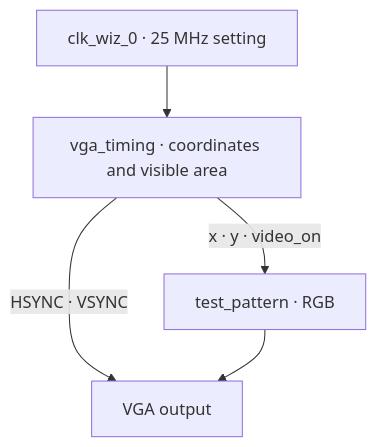
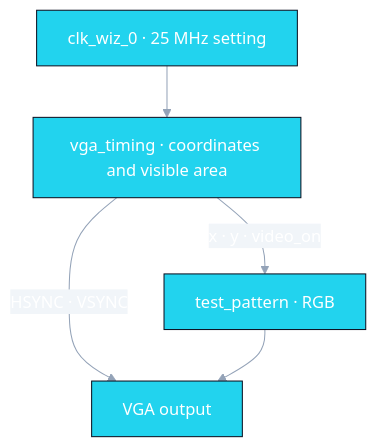
Before and after one commit to devjwk/fpga-tetris: the diagram in README.md, drawn with Mermaid. The commit also changed other lines of this file and 1 other file, not shown here.

Commit message:
Add concept banner and color theme to README

````diff
--- a/README.md
+++ b/README.md
@@ -77,7 +73,8 @@
 ```mermaid
+%%{init: {"theme": "base", "themeVariables": {"primaryColor": "#22D3EE", "primaryTextColor": "#ffffff", "primaryBorderColor": "#0B1020", "lineColor": "#94A3B8", "secondaryColor": "#1E1B4B", "tertiaryColor": "#0B1020", "clusterBkg": "#F8FAFC", "clusterBorder": "#94A3B8", "edgeLabelBackground": "#F1F5F9", "fontFamily": "ui-sans-serif, system-ui, sans-serif"}}}%%
 flowchart TD
     C["clk_wiz_0 · 25 MHz setting"] --> T["vga_timing · coordinates and visible area"]
     T -->|"x · y · video_on"| P["test_pattern · RGB"]
     T -->|"HSYNC · VSYNC"| V["VGA output"]
     P --> V
 ```
````
